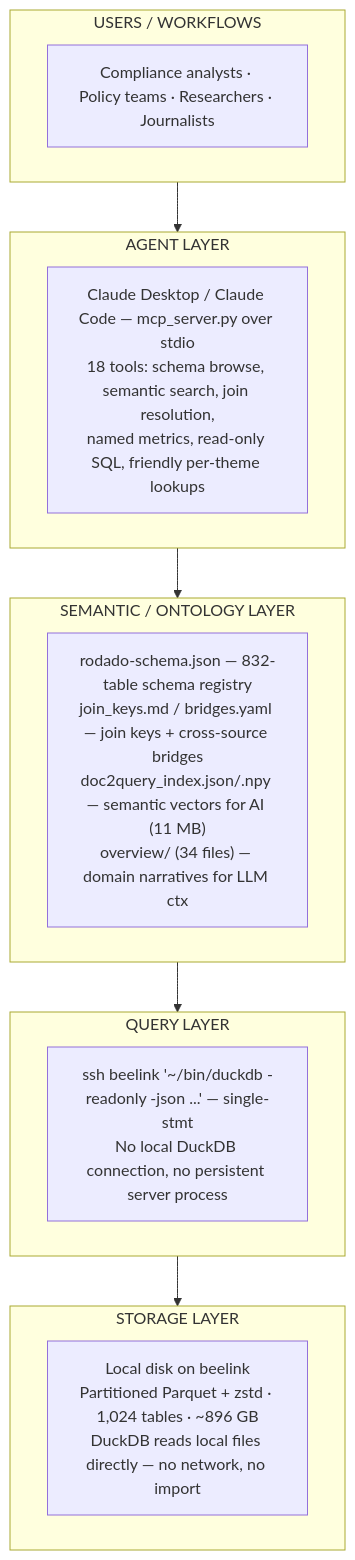
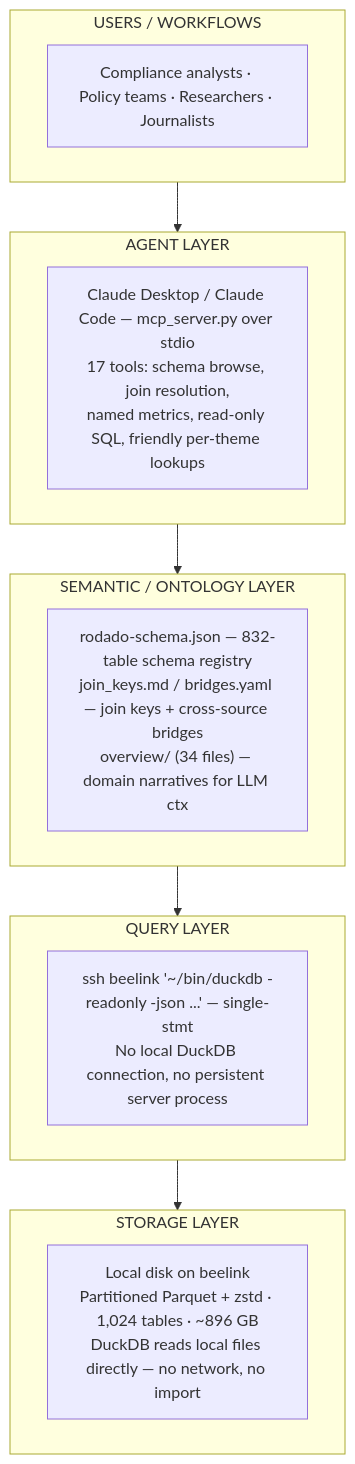
One commit to rafapolo/rodado changed the second of 3 diagrams in docs/tecnico/TECHNICAL.md. Above: the diagram before and after it, drawn with Mermaid. The commit also changed other lines of this file and 22 other files, not shown here.

Commit message:
refactor: remove o search_tables, o indice doc2query e os conjuntos dourados que so mediam ele

````diff
--- a/docs/tecnico/TECHNICAL.md
+++ b/docs/tecnico/TECHNICAL.md
@@ -178,20 +178,20 @@
 ```mermaid
 flowchart TD
     subgraph USERS["USERS / WORKFLOWS"]
         U["Compliance analysts · Policy teams · Researchers · Journalists"]
     end
     subgraph AGENT["AGENT LAYER"]
-        A["Claude Desktop / Claude Code — mcp_server.py over stdio<br/>18 tools: schema browse, semantic search, join resolution,<br/>named metrics, read-only SQL, friendly per-theme lookups"]
+        A["Claude Desktop / Claude Code — mcp_server.py over stdio<br/>17 tools: schema browse, join resolution,<br/>named metrics, read-only SQL, friendly per-theme lookups"]
     end
     subgraph SEMANTIC["SEMANTIC / ONTOLOGY LAYER"]
-        S["rodado-schema.json — 832-table schema registry<br/>join_keys.md / bridges.yaml — join keys + cross-source bridges<br/>doc2query_index.json/.npy — semantic vectors for AI (11 MB)<br/>overview/ (34 files) — domain narratives for LLM ctx"]
+        S["rodado-schema.json — 832-table schema registry<br/>join_keys.md / bridges.yaml — join keys + cross-source bridges<br/>overview/ (34 files) — domain narratives for LLM ctx"]
     end
     subgraph QUERY["QUERY LAYER"]
         Q["ssh beelink '~/bin/duckdb -readonly -json ...' — single-stmt<br/>No local DuckDB connection, no persistent server process"]
     end
     subgraph STORAGE["STORAGE LAYER"]
         ST["Local disk on beelink<br/>Partitioned Parquet + zstd · 1,024 tables · ~896 GB<br/>DuckDB reads local files directly — no network, no import"]
     end
 
     USERS --> AGENT --> SEMANTIC --> QUERY --> STORAGE
 ```
````
